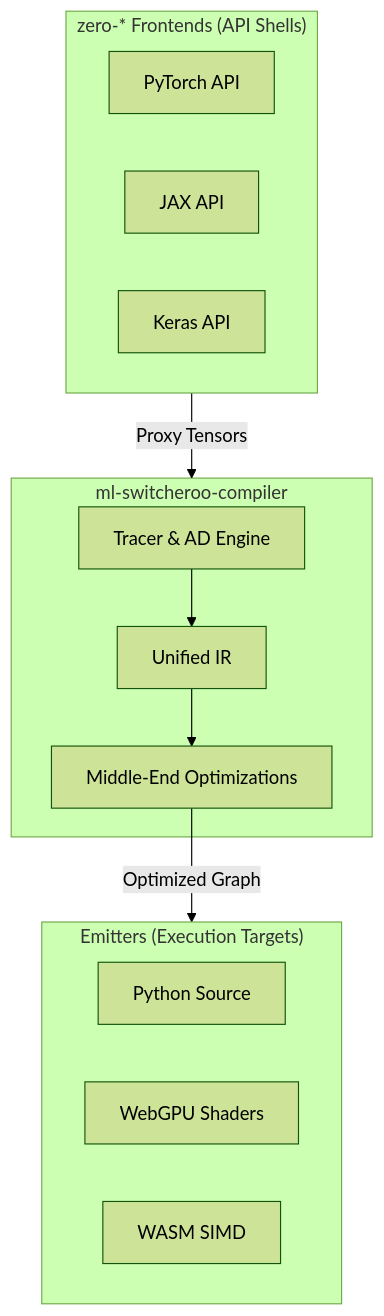
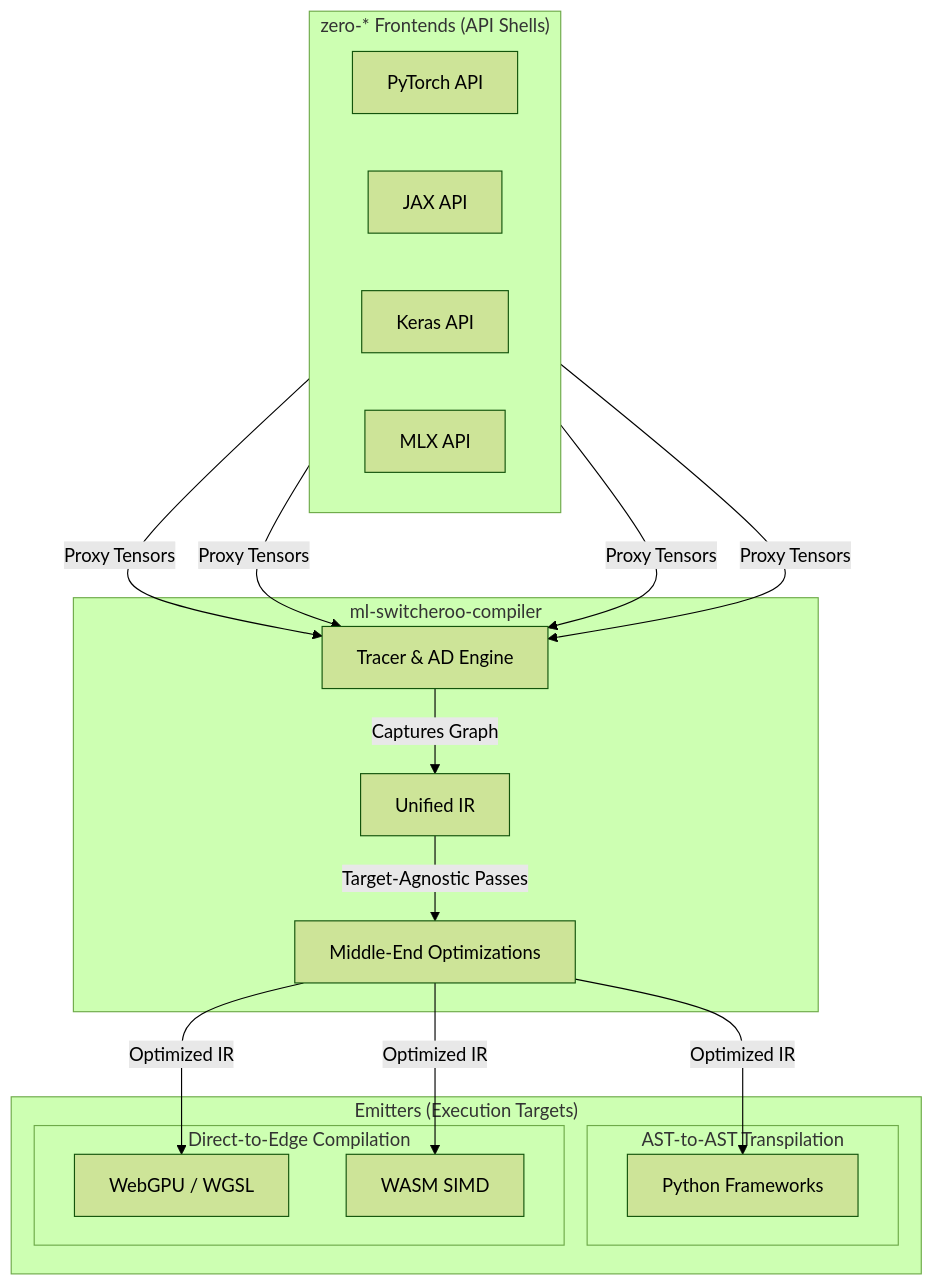
Before and after one commit to SamuelMarks/ml-switcheroo-compiler: the first of 2 diagrams in README.md, drawn with Mermaid (forest theme). The commit also changed other lines of this file and 5043 other files, not shown here.

````diff
--- a/README.md
+++ b/README.md
@@ -32,22 +32,34 @@
 ```mermaid
 flowchart TD
     subgraph Frontends ["zero-* Frontends (API Shells)"]
+        direction LR
         PT[PyTorch API]
         JX[JAX API]
         KR[Keras API]
+        MLX_F[MLX API]
     end
 
     subgraph Compiler ["ml-switcheroo-compiler"]
-        TR[Tracer & AD Engine] --> IR[Unified IR]
-        IR --> PM[Middle-End Optimizations]
+        TR[Tracer & AD Engine]
+        IR[Unified IR]
+        PM[Middle-End Optimizations]
+
+        TR -->|Captures Graph| IR
+        IR -->|Target-Agnostic Passes| PM
     end
 
     subgraph Backends ["Emitters (Execution Targets)"]
-        PY[Python Source]
-        WG[WebGPU Shaders]
-        WA[WASM SIMD]
+        subgraph S2S ["AST-to-AST Transpilation"]
+            PY[Python Frameworks]
+        end
+        subgraph Edge ["Direct-to-Edge Compilation"]
+            WG[WebGPU / WGSL]
+            WA[WASM SIMD]
+        end
     end
 
-    Frontends -->|Proxy Tensors| Compiler
-    PM -->|Optimized Graph| Backends
+    PT & JX & KR & MLX_F -->|Proxy Tensors| TR
+    PM -->|Optimized IR| PY
+    PM -->|Optimized IR| WG
+    PM -->|Optimized IR| WA
 ```
````
